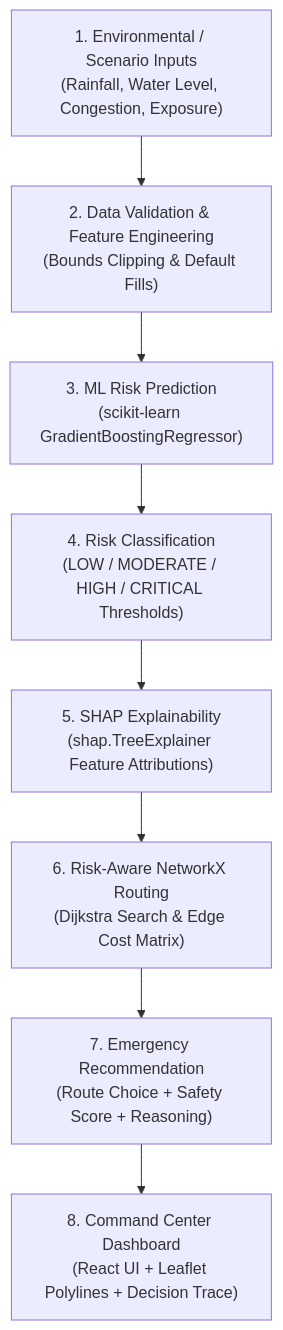
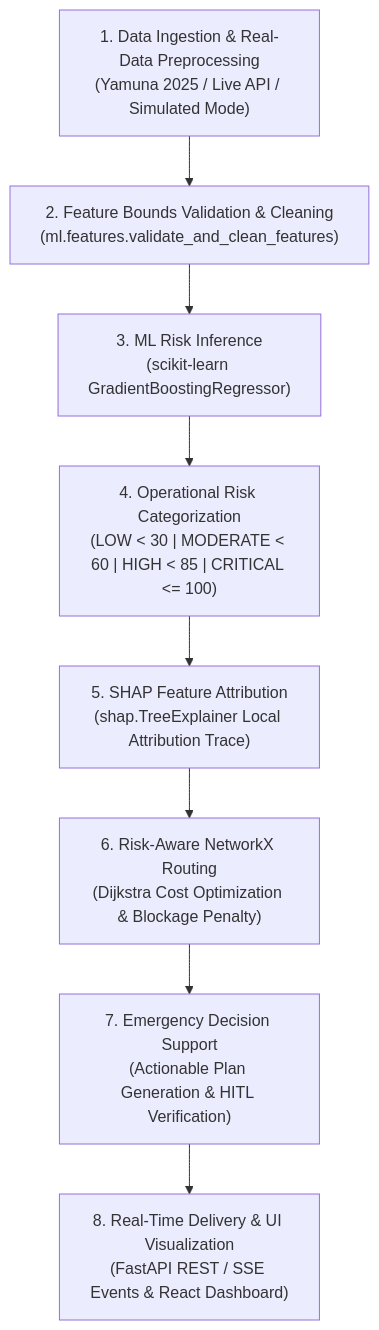
One commit to DevByPawan/AapdaNetra-X changed the second of 2 diagrams in README.md. Above: the diagram before and after it, drawn with Mermaid. The commit also changed other lines of this file and 79 other files, not shown here.

````diff
--- a/README.md
+++ b/README.md
@@ -78,10 +95,10 @@
 ```mermaid
 graph TD
-    A["1. Environmental / Scenario Inputs<br/>(Rainfall, Water Level, Congestion, Exposure)"] --> B["2. Data Validation & Feature Engineering<br/>(Bounds Clipping & Default Fills)"]
-    B --> C["3. ML Risk Prediction<br/>(scikit-learn GradientBoostingRegressor)"]
-    C --> D["4. Risk Classification<br/>(LOW / MODERATE / HIGH / CRITICAL Thresholds)"]
-    D --> E["5. SHAP Explainability<br/>(shap.TreeExplainer Feature Attributions)"]
-    E --> F["6. Risk-Aware NetworkX Routing<br/>(Dijkstra Search & Edge Cost Matrix)"]
-    F --> G["7. Emergency Recommendation<br/>(Route Choice + Safety Score + Reasoning)"]
-    G --> H["8. Command Center Dashboard<br/>(React UI + Leaflet Polylines + Decision Trace)"]
+    A["1. Data Ingestion & Real-Data Preprocessing<br/>(Yamuna 2025 / Live API / Simulated Mode)"] --> B["2. Feature Bounds Validation & Cleaning<br/>(ml.features.validate_and_clean_features)"]
+    B --> C["3. ML Risk Inference<br/>(scikit-learn GradientBoostingRegressor)"]
+    C --> D["4. Operational Risk Categorization<br/>(LOW < 30 | MODERATE < 60 | HIGH < 85 | CRITICAL <= 100)"]
+    D --> E["5. SHAP Feature Attribution<br/>(shap.TreeExplainer Local Attribution Trace)"]
+    E --> F["6. Risk-Aware NetworkX Routing<br/>(Dijkstra Cost Optimization & Blockage Penalty)"]
+    F --> G["7. Emergency Decision Support<br/>(Actionable Plan Generation & HITL Verification)"]
+    G --> H["8. Real-Time Delivery & UI Visualization<br/>(FastAPI REST / SSE Events & React Dashboard)"]
 ```
````
